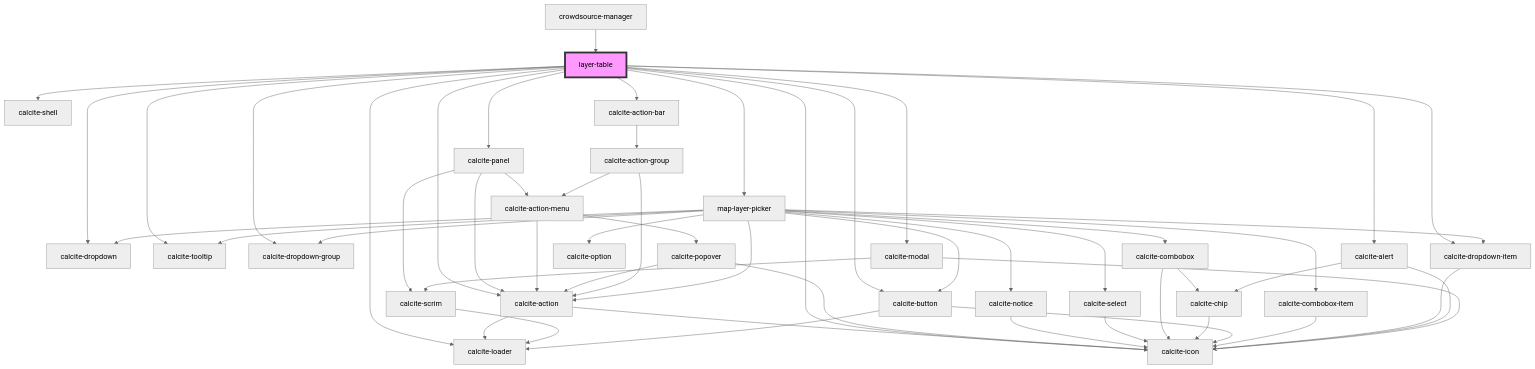
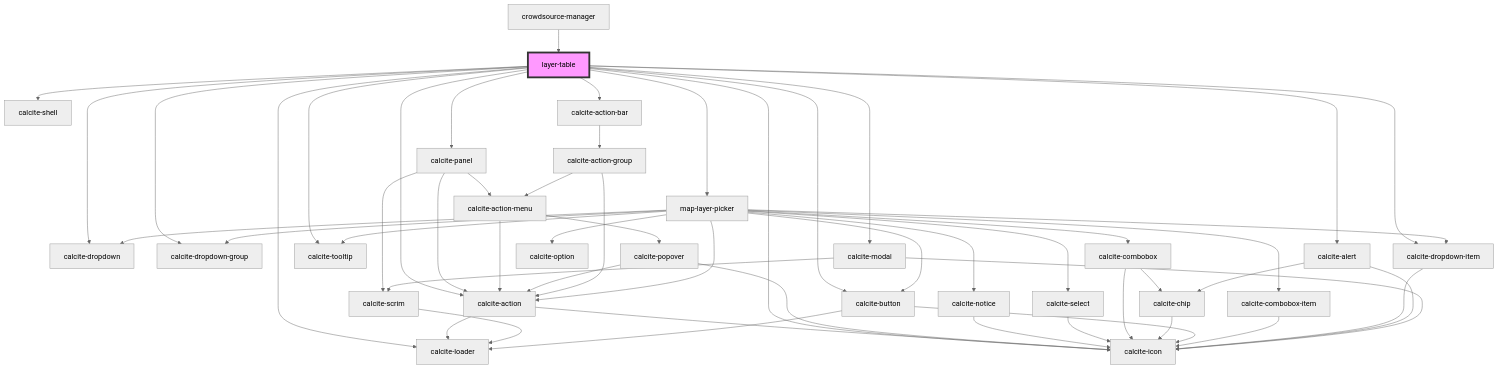
Before and after one commit to Esri/solutions-components: the diagram in src/components/layer-table/readme.md, drawn with Mermaid (neutral theme). The commit also changed other lines of this file and 7 other files, not shown here.

````diff
--- a/src/components/layer-table/readme.md
+++ b/src/components/layer-table/readme.md
@@ -66,56 +66,56 @@
 ```mermaid
 graph TD;
   layer-table --> calcite-shell
   layer-table --> calcite-panel
   layer-table --> calcite-loader
   layer-table --> calcite-action-bar
   layer-table --> map-layer-picker
   layer-table --> calcite-dropdown
   layer-table --> calcite-action
   layer-table --> calcite-button
-  layer-table --> calcite-tooltip
   layer-table --> calcite-dropdown-group
   layer-table --> calcite-dropdown-item
+  layer-table --> calcite-tooltip
   layer-table --> calcite-alert
   layer-table --> calcite-modal
   layer-table --> calcite-icon
   calcite-panel --> calcite-action
   calcite-panel --> calcite-action-menu
   calcite-panel --> calcite-scrim
   calcite-action --> calcite-loader
   calcite-action --> calcite-icon
   calcite-action-menu --> calcite-action
   calcite-action-menu --> calcite-popover
   calcite-popover --> calcite-action
   calcite-popover --> calcite-icon
   calcite-scrim --> calcite-loader
   calcite-action-bar --> calcite-action-group
   calcite-action-group --> calcite-action-menu
   calcite-action-group --> calcite-action
+  map-layer-picker --> calcite-tooltip
   map-layer-picker --> calcite-notice
-  map-layer-picker --> calcite-tooltip
   map-layer-picker --> calcite-select
   map-layer-picker --> calcite-combobox
   map-layer-picker --> calcite-dropdown
   map-layer-picker --> calcite-action
   map-layer-picker --> calcite-button
   map-layer-picker --> calcite-dropdown-group
   map-layer-picker --> calcite-combobox-item
   map-layer-picker --> calcite-option
   map-layer-picker --> calcite-dropdown-item
   calcite-notice --> calcite-icon
   calcite-select --> calcite-icon
   calcite-combobox --> calcite-chip
   calcite-combobox --> calcite-icon
   calcite-chip --> calcite-icon
   calcite-button --> calcite-loader
   calcite-button --> calcite-icon
   calcite-combobox-item --> calcite-icon
   calcite-dropdown-item --> calcite-icon
   calcite-alert --> calcite-icon
   calcite-alert --> calcite-chip
   calcite-modal --> calcite-scrim
   calcite-modal --> calcite-icon
   crowdsource-manager --> layer-table
   style layer-table fill:#f9f,stroke:#333,stroke-width:4px
 ```
````
